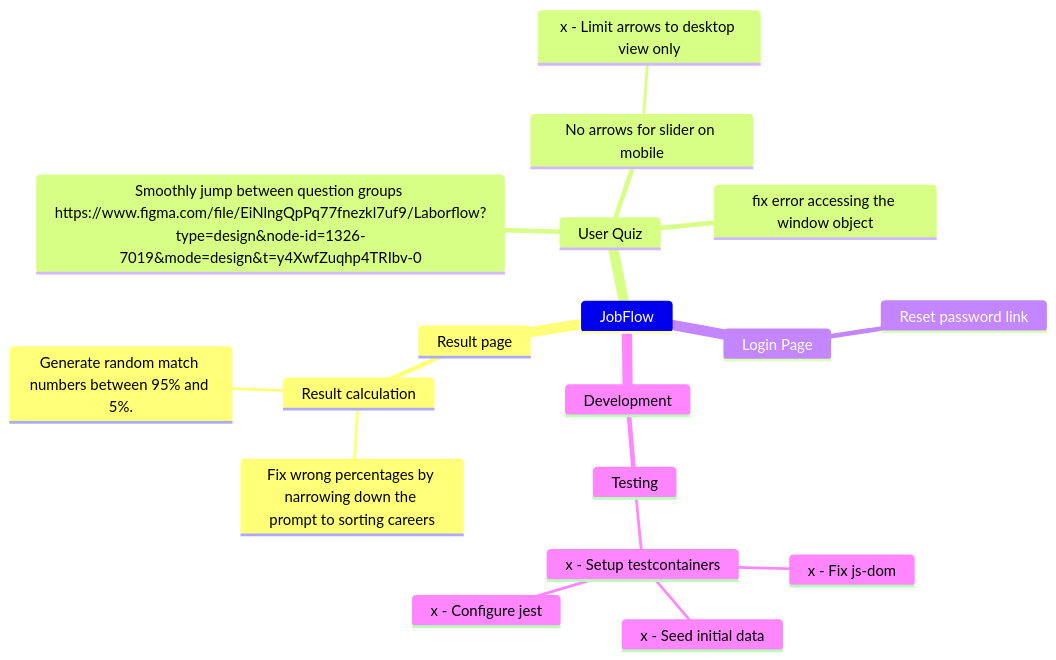
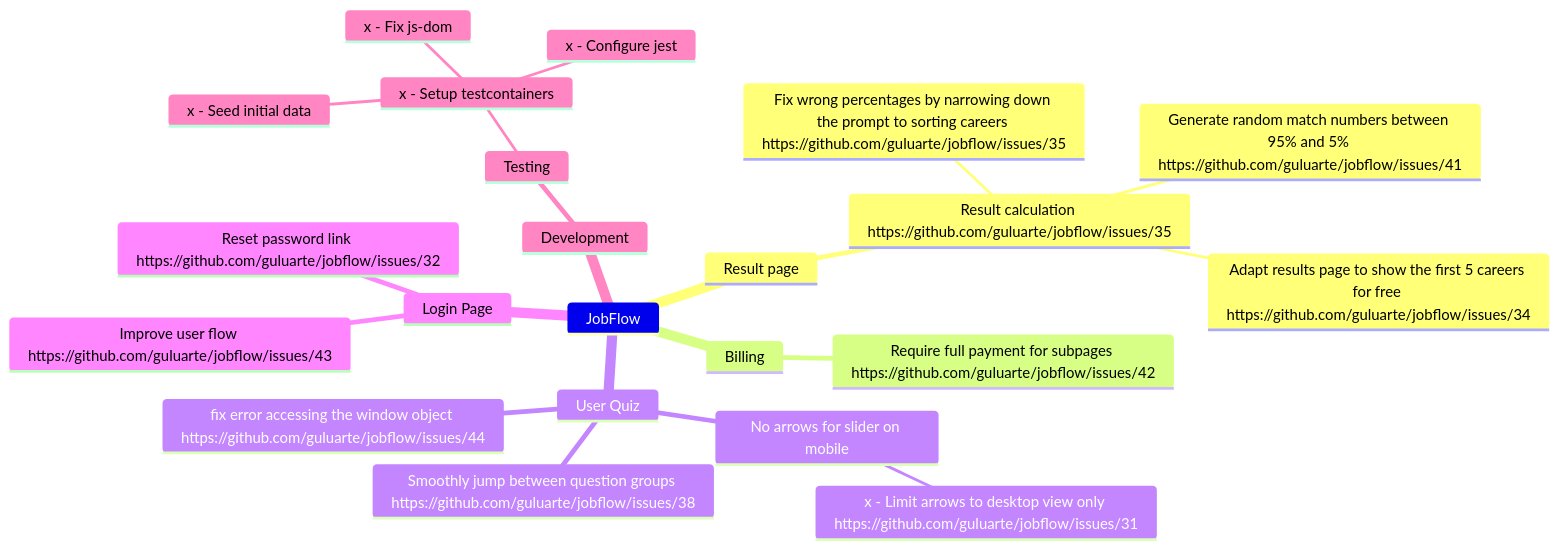
One commit to alexkochnev1987/jobflow changed the diagram in README.md. Above: the diagram before and after it, drawn with Mermaid.

Commit message:
Update diagram

````diff
--- a/README.md
+++ b/README.md
@@ -7,21 +7,25 @@
 ```mermaid
 mindmap
     JobFlow
       Result page
-        Result calculation
-          Fix wrong percentages by narrowing down the prompt to sorting careers
-          Generate random match numbers between 95% and 5%.
+        Result calculation https://github.com/guluarte/jobflow/issues/35
+          Fix wrong percentages by narrowing down the prompt to sorting careers https://github.com/guluarte/jobflow/issues/35
+          Generate random match numbers between 95% and 5% https://github.com/guluarte/jobflow/issues/41
+          Adapt results page to show the first 5 careers for free https://github.com/guluarte/jobflow/issues/34
+      Billing
+        Require full payment for subpages https://github.com/guluarte/jobflow/issues/42
       User Quiz
-        Smoothly jump between question groups https://www.figma.com/file/EiNlngQpPq77fnezkl7uf9/Laborflow?type=design&node-id=1326-7019&mode=design&t=y4XwfZuqhp4TRIbv-0
+        Smoothly jump between question groups https://github.com/guluarte/jobflow/issues/38
         No arrows for slider on mobile
-          x - Limit arrows to desktop view only
-        fix error accessing the window object
+          x - Limit arrows to desktop view only https://github.com/guluarte/jobflow/issues/31
+        fix error accessing the window object https://github.com/guluarte/jobflow/issues/44
       Login Page
-        Reset password link
+        Reset password link https://github.com/guluarte/jobflow/issues/32
+        Improve user flow https://github.com/guluarte/jobflow/issues/43
       Development
         Testing
           x - Setup testcontainers
             x - Fix js-dom
             x - Seed initial data
             x - Configure jest
 ```
````
